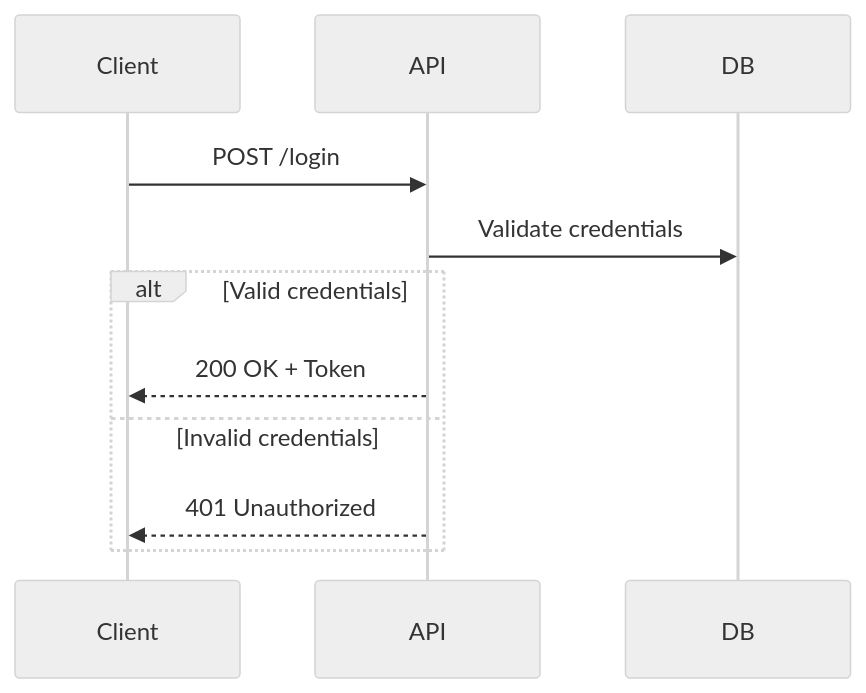
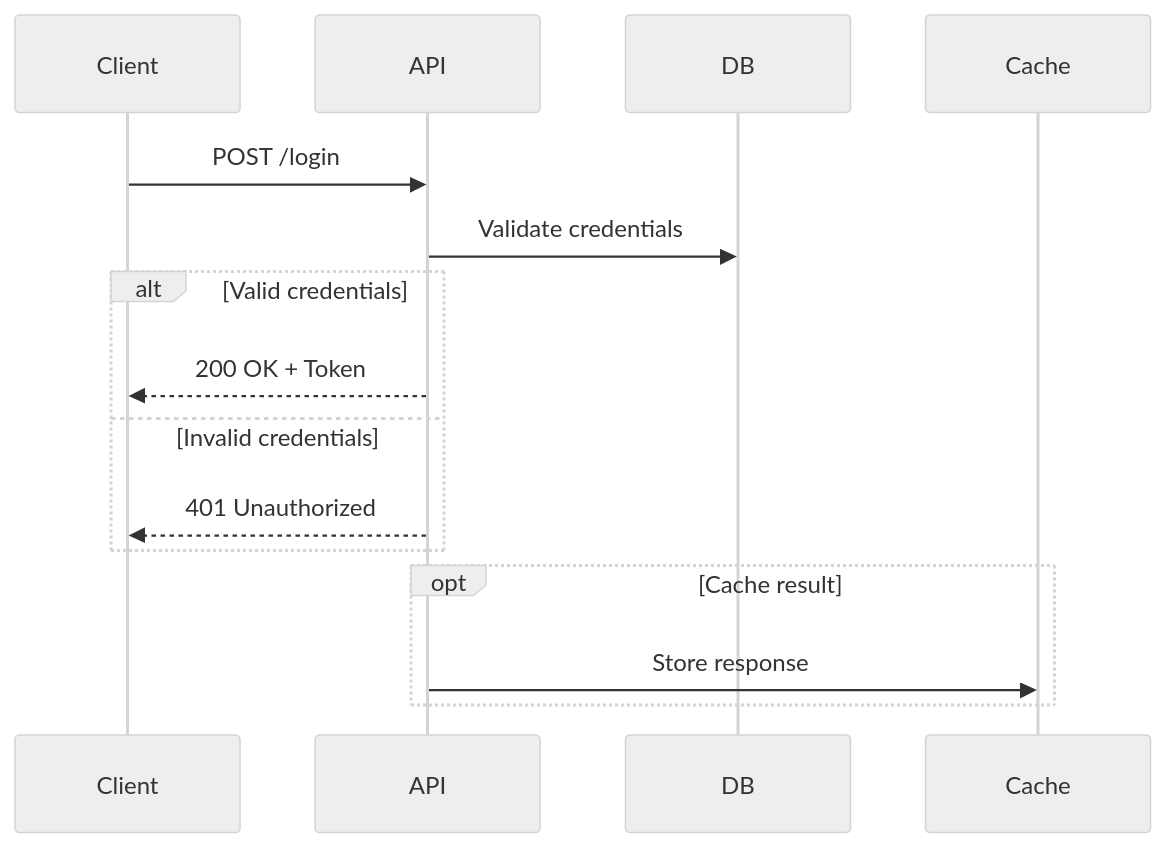
Before and after one commit to marcusquinn/aidevops: the third of 10 diagrams in .agents/tools/diagrams/mermaid-diagrams-skill/sequence.md, drawn with Mermaid (neutral theme). The commit also changed other lines of this file, not shown here.

First line of the commit message:
refactor: tighten sequence.md from 408 to 240 lines (41% reduction)

````diff
--- a/.agents/tools/diagrams/mermaid-diagrams-skill/sequence.md
+++ b/.agents/tools/diagrams/mermaid-diagrams-skill/sequence.md
@@ -125,11 +53,15 @@
 ```mermaid
 sequenceDiagram
     Client->>API: POST /login
     API->>DB: Validate credentials
 
     alt Valid credentials
         API-->>Client: 200 OK + Token
     else Invalid credentials
         API-->>Client: 401 Unauthorized
     end
+
+    opt Cache result
+        API->>Cache: Store response
+    end
 ```
````
